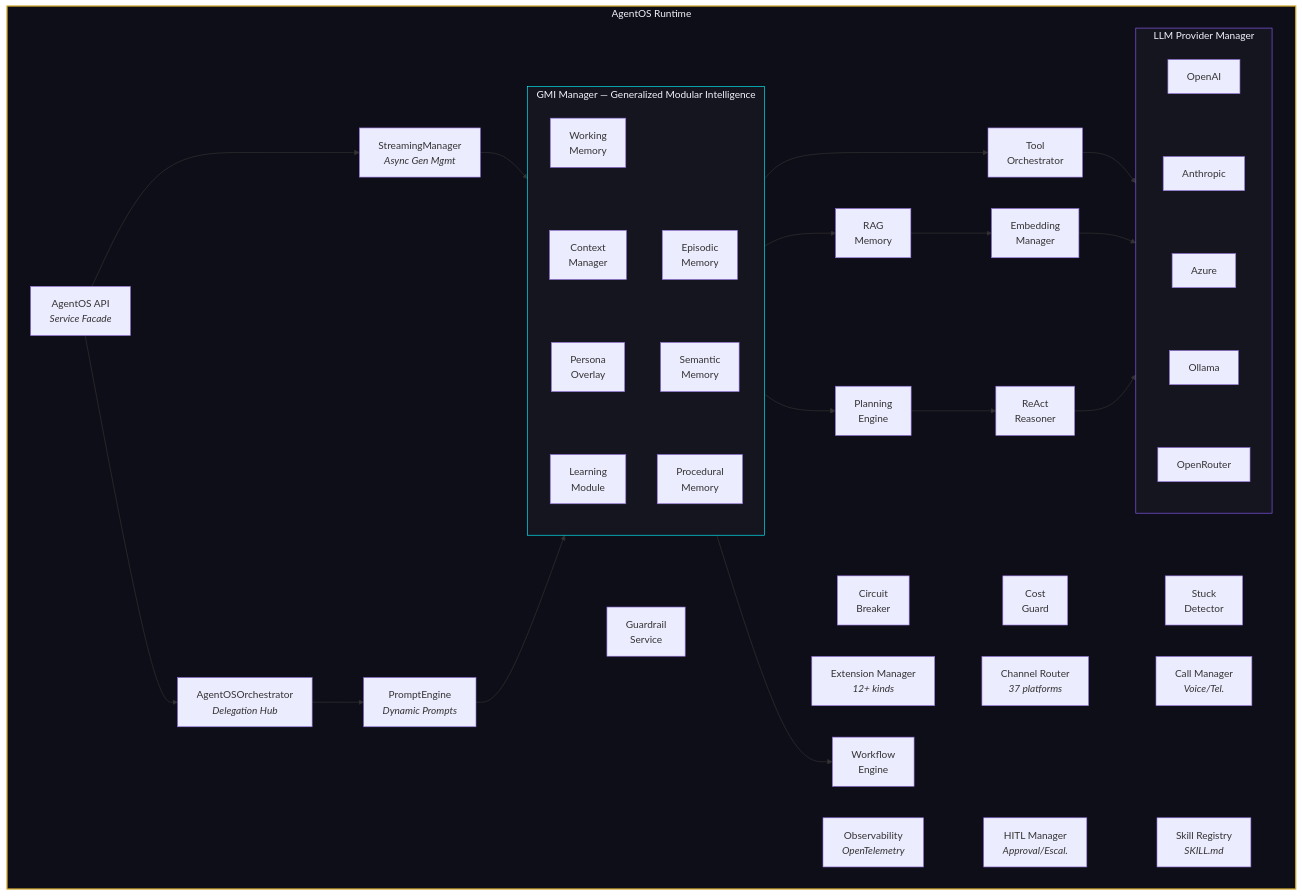
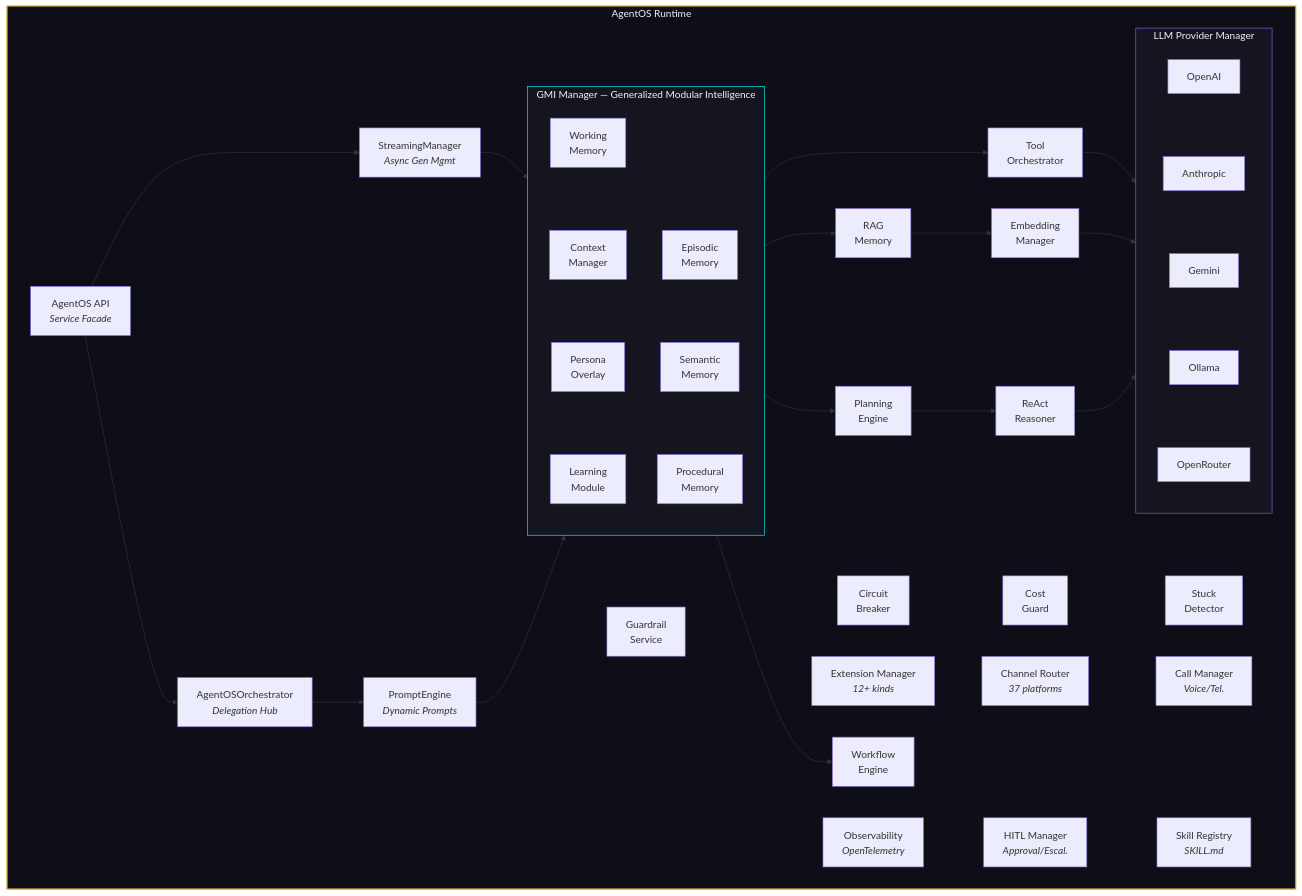
The first of 8 diagrams in README.md (framersai/agentos), drawn with Mermaid before and after one commit. The commit also changed other lines of this file, not shown here.

````diff
--- a/README.md
+++ b/README.md
@@ -370,40 +504,40 @@
 ```mermaid
 graph TB
     subgraph Runtime["AgentOS Runtime"]
         API["AgentOS API<br/><i>Service Facade</i>"] --> Orch["AgentOSOrchestrator<br/><i>Delegation Hub</i>"]
         API --> Stream["StreamingManager<br/><i>Async Gen Mgmt</i>"]
         Orch --> Prompt["PromptEngine<br/><i>Dynamic Prompts</i>"]
 
         subgraph GMI["GMI Manager — Generalized Modular Intelligence"]
             WM["Working<br/>Memory"] ~~~ CM["Context<br/>Manager"] ~~~ PO["Persona<br/>Overlay"] ~~~ LM["Learning<br/>Module"]
             EM["Episodic<br/>Memory"] ~~~ SM["Semantic<br/>Memory"] ~~~ PM["Procedural<br/>Memory"]
         end
 
         Stream --> GMI
         Prompt --> GMI
 
         GMI --> Tools["Tool<br/>Orchestrator"]
         GMI --> RAG["RAG<br/>Memory"]
         GMI --> Plan["Planning<br/>Engine"]
         GMI --> WF["Workflow<br/>Engine"]
 
         RAG --> Embed["Embedding<br/>Manager"]
         Plan --> ReAct["ReAct<br/>Reasoner"]
 
         subgraph LLM["LLM Provider Manager"]
-            OAI["OpenAI"] ~~~ Anth["Anthropic"] ~~~ Az["Azure"] ~~~ Oll["Ollama"] ~~~ OR["OpenRouter"]
+            OAI["OpenAI"] ~~~ Anth["Anthropic"] ~~~ Gem["Gemini"] ~~~ Oll["Ollama"] ~~~ OR["OpenRouter"]
         end
 
         Tools --> LLM
         Embed --> LLM
         ReAct --> LLM
 
         Guard["Guardrail<br/>Service"] ~~~ CB["Circuit<br/>Breaker"] ~~~ CG["Cost<br/>Guard"] ~~~ SD["Stuck<br/>Detector"]
         Ext["Extension Manager<br/><i>12+ kinds</i>"] ~~~ Chan["Channel Router<br/><i>37 platforms</i>"] ~~~ Call["Call Manager<br/><i>Voice/Tel.</i>"]
         Obs["Observability<br/><i>OpenTelemetry</i>"] ~~~ HITL["HITL Manager<br/><i>Approval/Escal.</i>"] ~~~ Skill["Skill Registry<br/><i>SKILL.md</i>"]
     end
 
     style Runtime fill:#0e0e18,stroke:#c9a227,stroke-width:2px,color:#f2f2fa
     style GMI fill:#151520,stroke:#00f5ff,stroke-width:1px,color:#f2f2fa
     style LLM fill:#151520,stroke:#8b5cf6,stroke-width:1px,color:#f2f2fa
 ```
````
